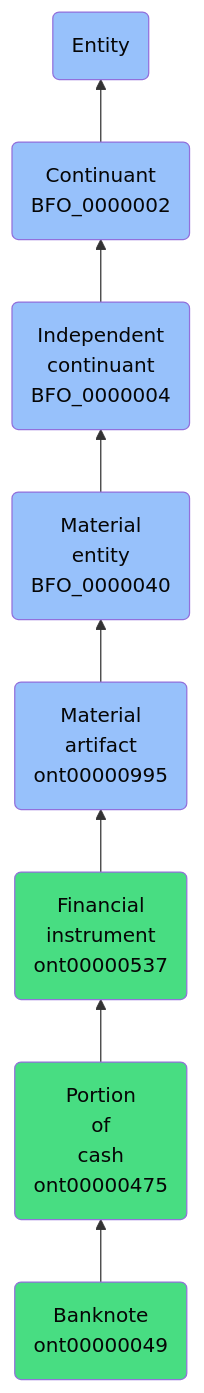
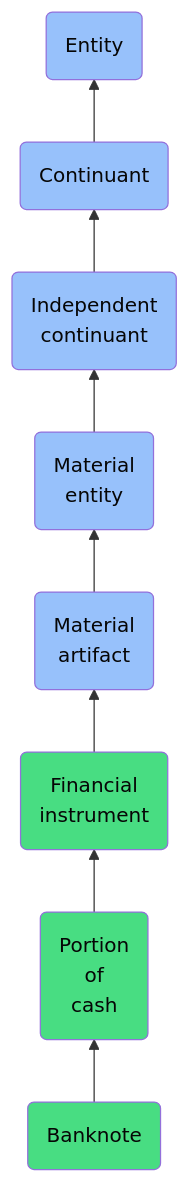
Before and after one commit to jupyter-naas/abi: the diagram in docs/ontology/reference/model/Entity/Continuant/Independent continuant/Material entity/Material artifact/Financial instrument/Portion of cash/Banknote/Banknote.md, drawn with Mermaid. The commit also changed other lines of this file and 1430 other files, not shown here.

````diff
--- a/docs/ontology/reference/model/Entity/Continuant/Independent continuant/Material entity/Material artifact/Financial instrument/Portion of cash/Banknote/Banknote.md
+++ b/docs/ontology/reference/model/Entity/Continuant/Independent continuant/Material entity/Material artifact/Financial instrument/Portion of cash/Banknote/Banknote.md
@@ -24,15 +24,15 @@
 ```mermaid
 graph BT
-    ont00000049(Banknote<br>ont00000049):::ABI-->ont00000475
-    ont00000475(Portion<br>of<br>cash<br>ont00000475):::ABI-->ont00000537
-    ont00000537(Financial<br>instrument<br>ont00000537):::ABI-->ont00000995
-    ont00000995(Material<br>artifact<br>ont00000995):::BFO-->BFO_0000040
-    BFO_0000040(Material<br>entity<br>BFO_0000040):::BFO-->BFO_0000004
-    BFO_0000004(Independent<br>continuant<br>BFO_0000004):::BFO-->BFO_0000002
-    BFO_0000002(Continuant<br>BFO_0000002):::BFO-->BFO_0000001
+    ont00000049(Banknote):::ABI-->ont00000475
+    ont00000475(Portion<br>of<br>cash):::ABI-->ont00000537
+    ont00000537(Financial<br>instrument):::ABI-->ont00000995
+    ont00000995(Material<br>artifact):::BFO-->BFO_0000040
+    BFO_0000040(Material<br>entity):::BFO-->BFO_0000004
+    BFO_0000004(Independent<br>continuant):::BFO-->BFO_0000002
+    BFO_0000002(Continuant):::BFO-->BFO_0000001
     BFO_0000001(Entity):::BFO
     
     classDef BFO fill:#97c1fb,color:#060606
     classDef CCO fill:#e4c51e,color:#060606
     classDef ABI fill:#48DD82,color:#060606
 ```
````
